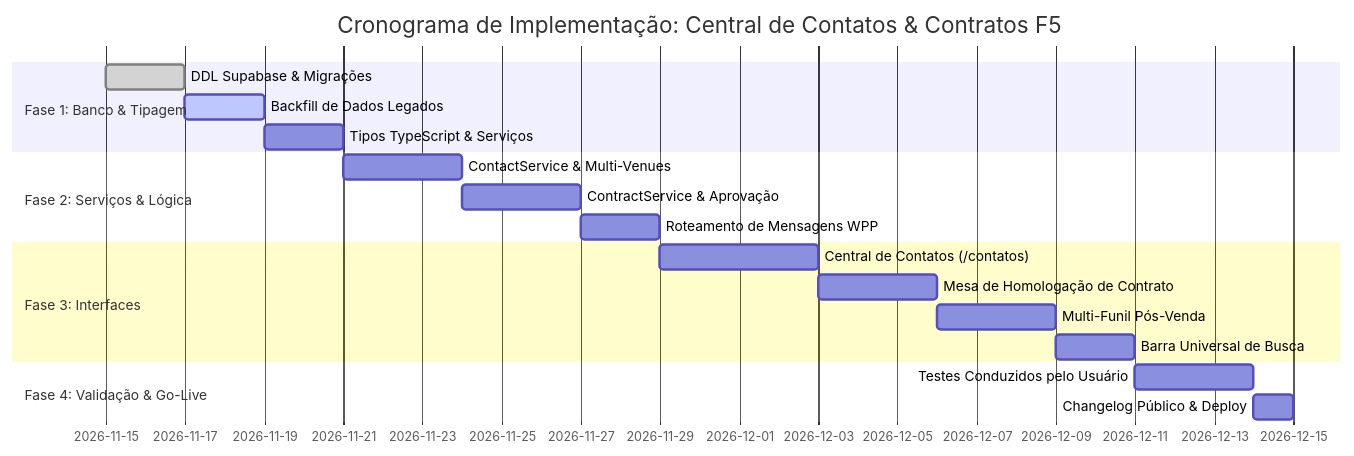
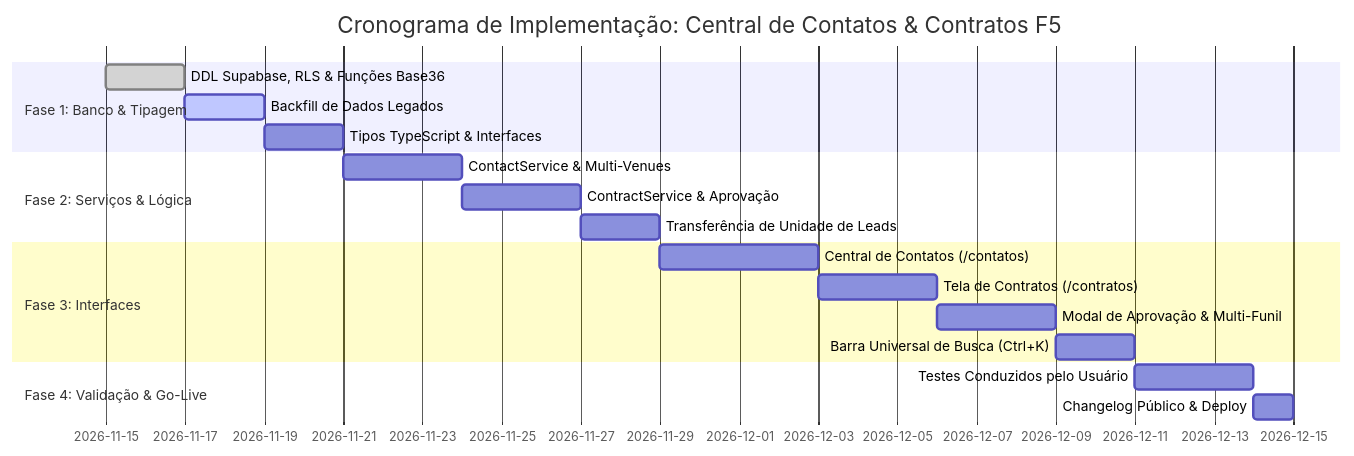
The third of 3 diagrams in docs/PLANO_ACAO_CENTRAL_CONTATOS_E_CONTRATOS.md (bonomofestas-web/Bonomo), drawn with Mermaid before and after one commit. The commit also changed other lines of this file, not shown here.

Commit message:
docs: update action plan with base36 codes, approval table rules and venue isolation

````diff
--- a/docs/PLANO_ACAO_CENTRAL_CONTATOS_E_CONTRATOS.md
+++ b/docs/PLANO_ACAO_CENTRAL_CONTATOS_E_CONTRATOS.md
@@ -405,21 +397,21 @@
 ```mermaid
 gantt
     title Cronograma de Implementação: Central de Contatos & Contratos F5
     dateFormat  YYYY-MM-DD
     section Fase 1: Banco & Tipagem
-    DDL Supabase & Migrações       :done,    des1, 2026-11-15, 2d
-    Backfill de Dados Legados      :active,  des2, 2026-11-17, 2d
-    Tipos TypeScript & Serviços    :         des3, 2026-11-19, 2d
+    DDL Supabase, RLS & Funções Base36 :done,    des1, 2026-11-15, 2d
+    Backfill de Dados Legados          :active,  des2, 2026-11-17, 2d
+    Tipos TypeScript & Interfaces      :         des3, 2026-11-19, 2d
     section Fase 2: Serviços & Lógica
-    ContactService & Multi-Venues  :         srv1, 2026-11-21, 3d
-    ContractService & Aprovação    :         srv2, 2026-11-24, 3d
-    Roteamento de Mensagens WPP    :         srv3, 2026-11-27, 2d
+    ContactService & Multi-Venues      :         srv1, 2026-11-21, 3d
+    ContractService & Aprovação        :         srv2, 2026-11-24, 3d
+    Transferência de Unidade de Leads  :         srv3, 2026-11-27, 2d
     section Fase 3: Interfaces
-    Central de Contatos (/contatos):         ui1,  2026-11-29, 4d
-    Mesa de Homologação de Contrato:         ui2,  2026-12-03, 3d
-    Multi-Funil Pós-Venda          :         ui3,  2026-12-06, 3d
-    Barra Universal de Busca       :         ui4,  2026-12-09, 2d
+    Central de Contatos (/contatos)    :         ui1,  2026-11-29, 4d
+    Tela de Contratos (/contratos)     :         ui2,  2026-12-03, 3d
+    Modal de Aprovação & Multi-Funil   :         ui3,  2026-12-06, 3d
+    Barra Universal de Busca (Ctrl+K)  :         ui4,  2026-12-09, 2d
     section Fase 4: Validação & Go-Live
-    Testes Conduzidos pelo Usuário :         val1, 2026-12-11, 3d
-    Changelog Público & Deploy     :         val2, 2026-12-14, 1d
+    Testes Conduzidos pelo Usuário     :         val1, 2026-12-11, 3d
+    Changelog Público & Deploy         :         val2, 2026-12-14, 1d
 ```
````
